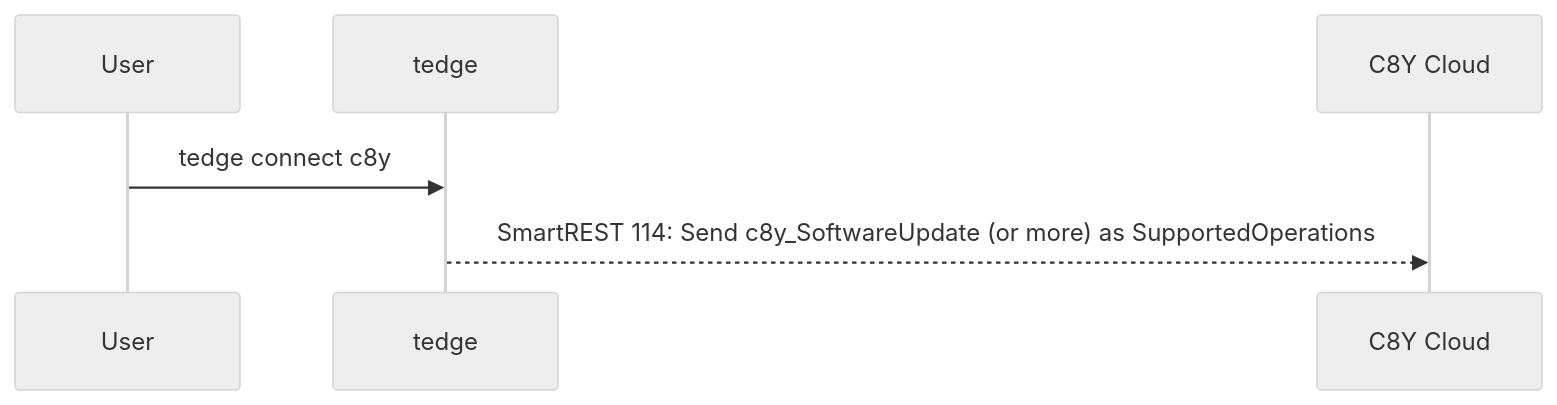
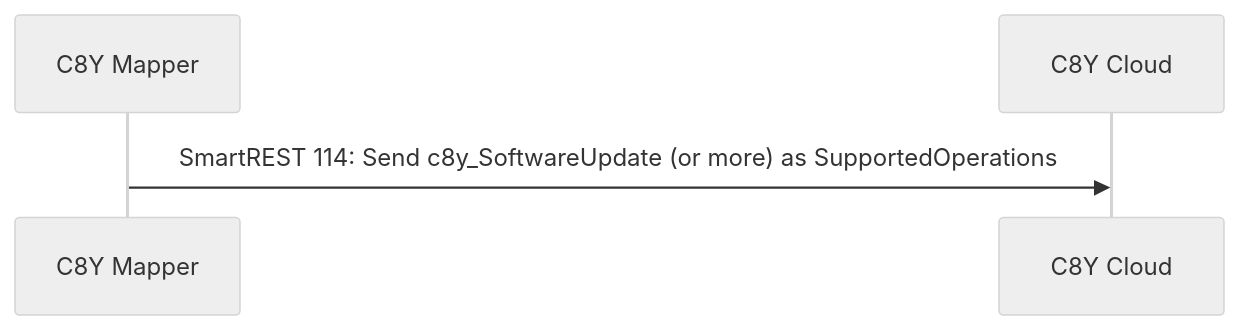
Before and after one commit to thin-edge/thin-edge.io-specs: the third of 3 diagrams in src/software-management/contract-c8y-software-update.md, drawn with Mermaid (neutral theme). The commit also changed other lines of this file, not shown here.

Commit message:
Change c8y_SupportedOperations flow

````diff
--- a/src/software-management/contract-c8y-software-update.md
+++ b/src/software-management/contract-c8y-software-update.md
@@ -84,9 +84,7 @@
 ```mermaid
 sequenceDiagram
-    participant User
-    participant tedge
+    participant C8Y Mapper
     participant C8Y Cloud
 
-    User ->> tedge: tedge connect c8y
-    tedge -->> C8Y Cloud: SmartREST 114: Send c8y_SoftwareUpdate (or more) as SupportedOperations
+    C8Y Mapper ->> C8Y Cloud: SmartREST 114: Send c8y_SoftwareUpdate (or more) as SupportedOperations
 ```
````
